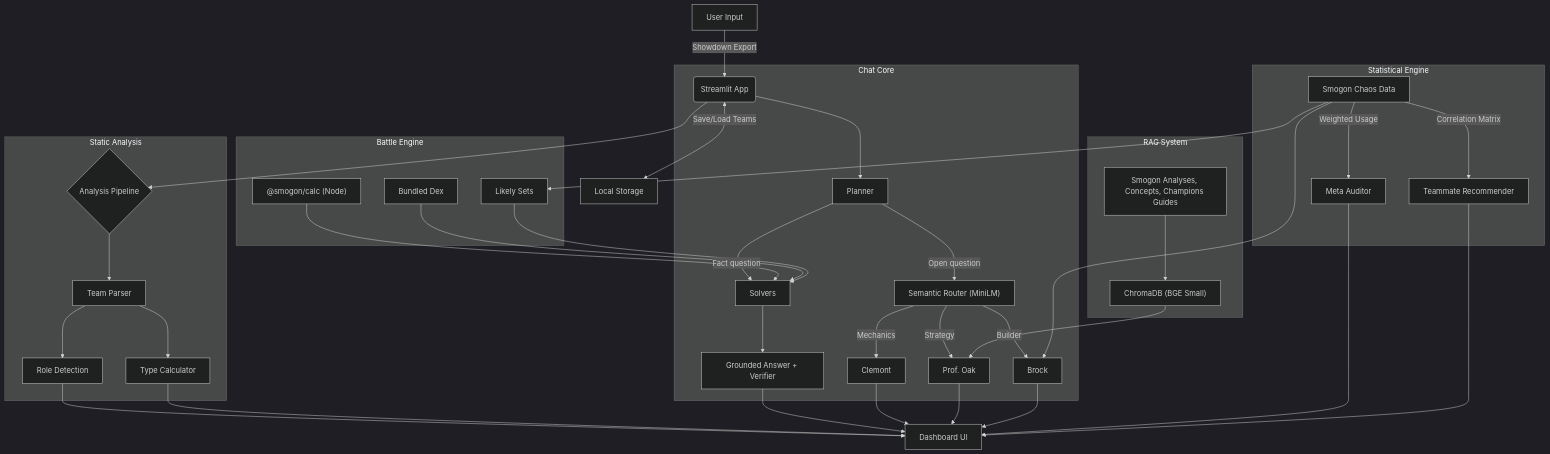
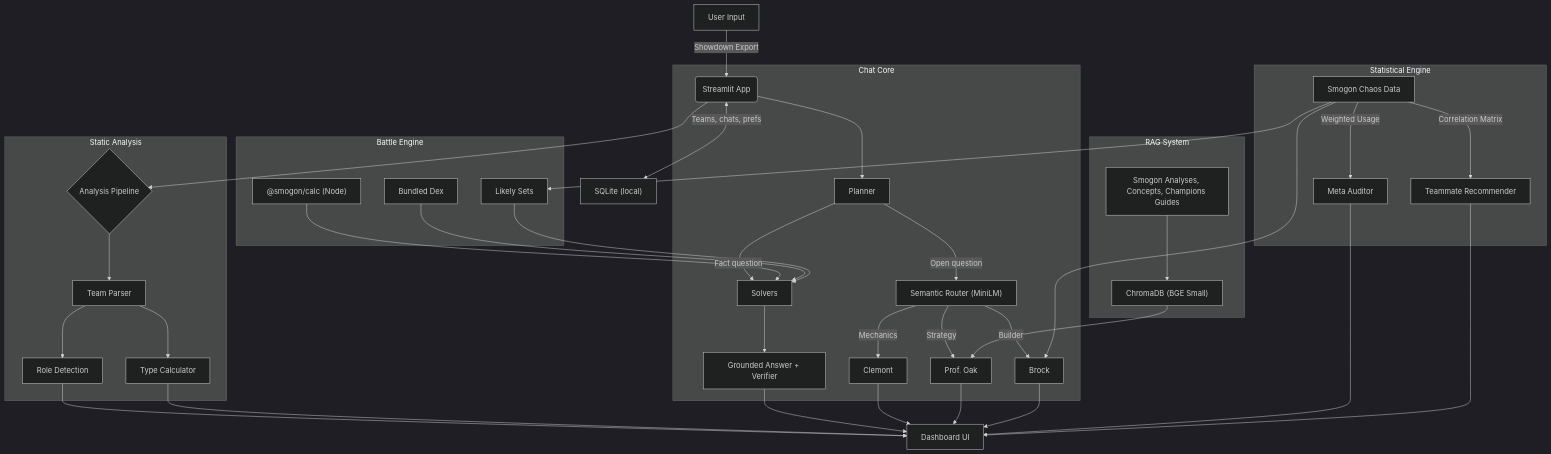
The second of 2 diagrams in README.md (NamikazeAsh/MetaMatch), drawn with Mermaid (dark theme) before and after one commit. The commit also changed other lines of this file and 1 other file, not shown here.

Commit message:
Document MetaFlash, team links and SQLite storage in README

````diff
--- a/README.md
+++ b/README.md
@@ -188,53 +212,53 @@
 ```mermaid
 graph TD
     A["User Input"] -->|"Showdown Export"| B("Streamlit App")
     B --> C{"Analysis Pipeline"}
-    B <-->|"Save/Load Teams"| S["Local Storage"]
+    B <-->|"Teams, chats, prefs"| S["SQLite (local)"]
 
     subgraph Engine ["Battle Engine"]
     K["@smogon/calc (Node)"]
     X["Bundled Dex"]
     Y["Likely Sets"]
     end
 
     subgraph AI_Core ["Chat Core"]
     B --> PL["Planner"]
     PL -->|"Fact question"| SO["Solvers"]
     SO --> GR["Grounded Answer + Verifier"]
     PL -->|"Open question"| R["Semantic Router (MiniLM)"]
     R -->|Mechanics| T["Clemont"]
     R -->|Strategy| U["Prof. Oak"]
     R -->|Builder| V["Brock"]
     end
 
     K --> SO
     X --> SO
     Y --> SO
 
     subgraph RAG_Engine ["RAG System"]
     H["Smogon Analyses, Concepts, Champions Guides"] --> I["ChromaDB (BGE Small)"]
     I --> U
     end
 
     subgraph Statistical_Engine ["Statistical Engine"]
     M["Smogon Chaos Data"] -->|"Weighted Usage"| N["Meta Auditor"]
     M -->|"Correlation Matrix"| O["Teammate Recommender"]
     M --> Y
     M --> V
     end
 
     subgraph Static_Analysis ["Static Analysis"]
     C --> D["Team Parser"]
     D --> F["Role Detection"]
     D --> G["Type Calculator"]
     end
 
     F --> P["Dashboard UI"]
     G --> P
     GR --> P
     T --> P
     U --> P
     V --> P
     N --> P
     O --> P
 ```
````
